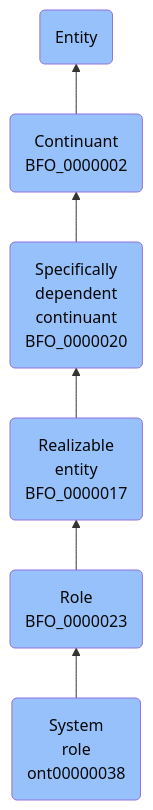
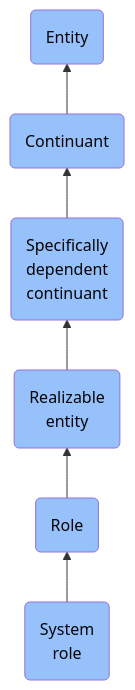
One commit to jupyter-naas/abi changed the diagram in docs/ontology/reference/model/Entity/Continuant/Specifically dependent continuant/Realizable entity/Role/System role/System role.md. Above: the diagram before and after it, drawn with Mermaid. The commit also changed other lines of this file and 1430 other files, not shown here.

````diff
--- a/docs/ontology/reference/model/Entity/Continuant/Specifically dependent continuant/Realizable entity/Role/System role/System role.md
+++ b/docs/ontology/reference/model/Entity/Continuant/Specifically dependent continuant/Realizable entity/Role/System role/System role.md
@@ -24,13 +24,13 @@
 ```mermaid
 graph BT
-    ont00000038(System<br>role<br>ont00000038):::BFO-->BFO_0000023
-    BFO_0000023(Role<br>BFO_0000023):::BFO-->BFO_0000017
-    BFO_0000017(Realizable<br>entity<br>BFO_0000017):::BFO-->BFO_0000020
-    BFO_0000020(Specifically<br>dependent<br>continuant<br>BFO_0000020):::BFO-->BFO_0000002
-    BFO_0000002(Continuant<br>BFO_0000002):::BFO-->BFO_0000001
+    ont00000038(System<br>role):::BFO-->BFO_0000023
+    BFO_0000023(Role):::BFO-->BFO_0000017
+    BFO_0000017(Realizable<br>entity):::BFO-->BFO_0000020
+    BFO_0000020(Specifically<br>dependent<br>continuant):::BFO-->BFO_0000002
+    BFO_0000002(Continuant):::BFO-->BFO_0000001
     BFO_0000001(Entity):::BFO
     
     classDef BFO fill:#97c1fb,color:#060606
     classDef CCO fill:#e4c51e,color:#060606
     classDef ABI fill:#48DD82,color:#060606
 ```
````
